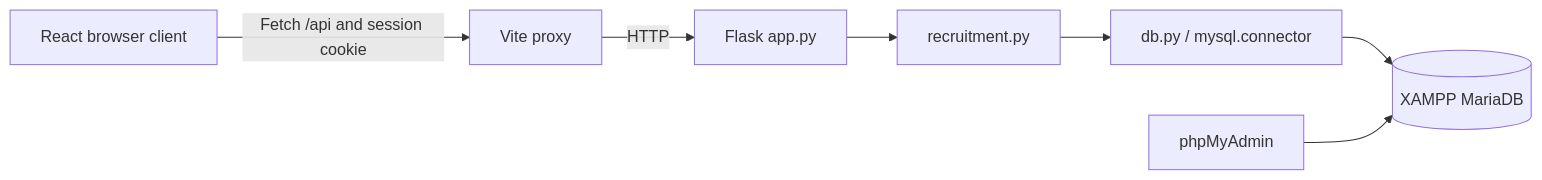
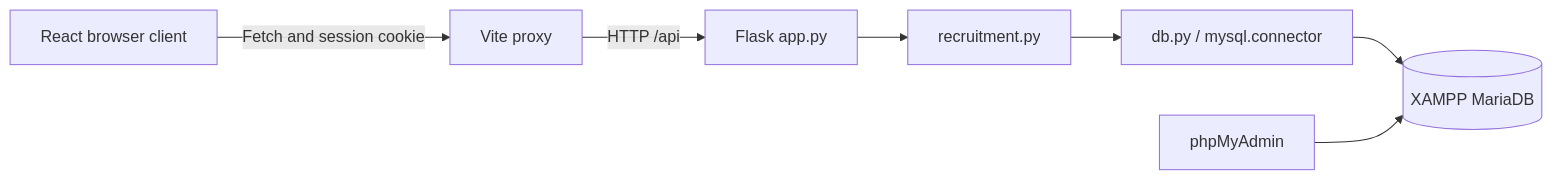
The first of 2 diagrams in docs/ARCHITECTURE.md (tr3npa1/job-web), drawn with Mermaid before and after one commit. The commit also changed other lines of this file and 12 other files, not shown here.

Commit message:
Normalize recruitment schema to BCNF and restore local launcher

````diff
--- a/docs/ARCHITECTURE.md
+++ b/docs/ARCHITECTURE.md
@@ -5,9 +5,9 @@
 ```mermaid
 flowchart LR
-    Browser[React browser client] -->|Fetch /api and session cookie| Vite[Vite proxy]
-    Vite -->|HTTP| Flask[Flask app.py]
+    Browser[React browser client] -->|Fetch and session cookie| Vite[Vite proxy]
+    Vite -->|HTTP /api| Flask[Flask app.py]
     Flask --> Logic[recruitment.py]
     Logic --> DB[db.py / mysql.connector]
     DB --> MariaDB[(XAMPP MariaDB)]
     Admin[phpMyAdmin] --> MariaDB
 ```
````
